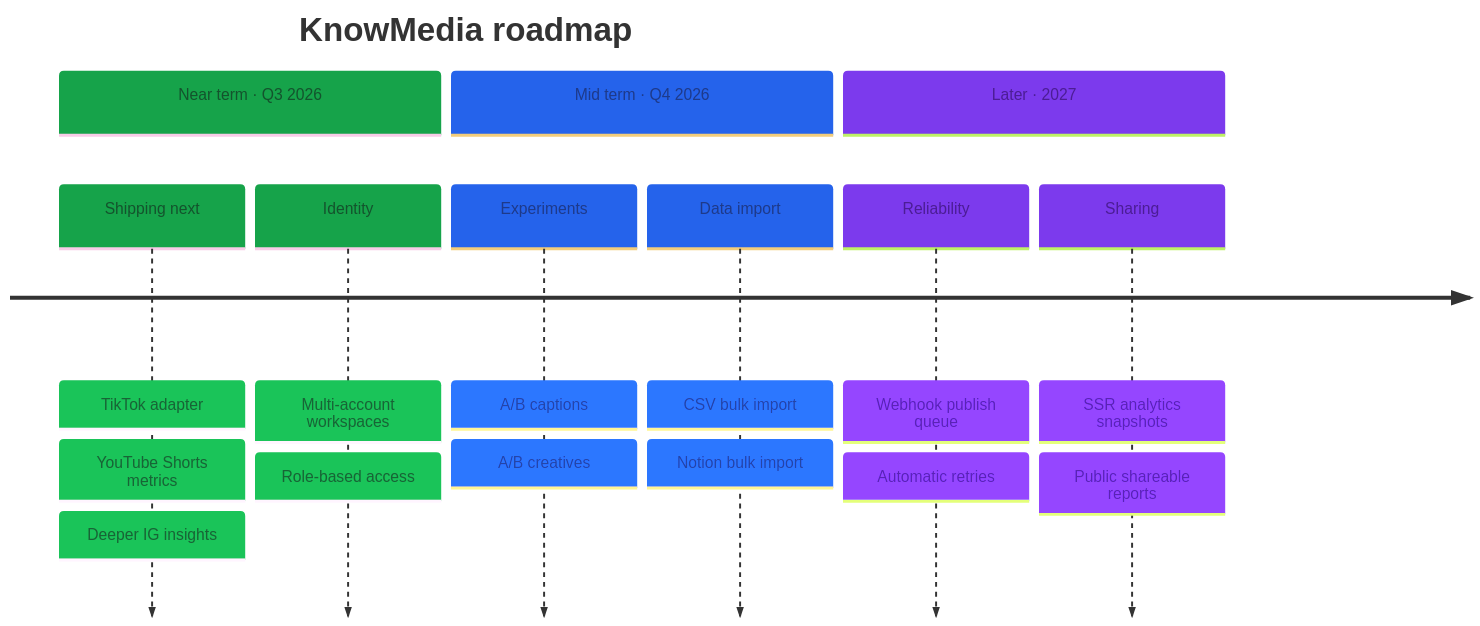
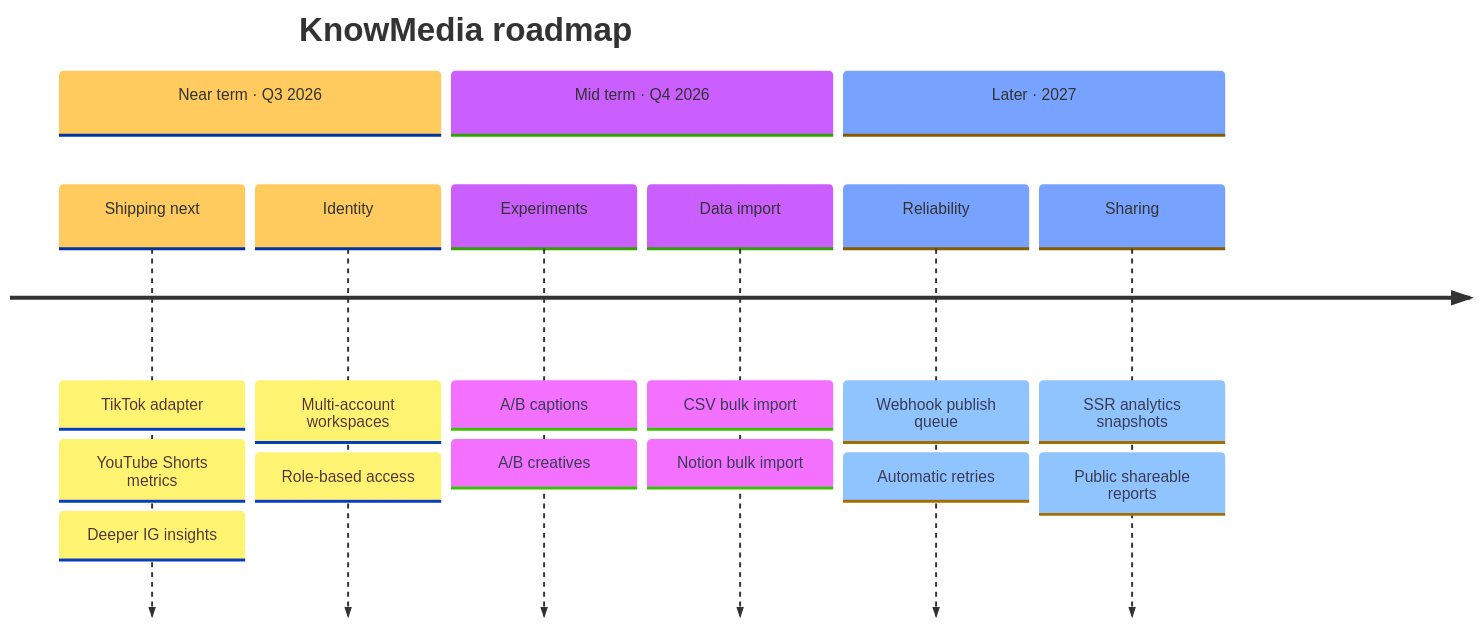
The seventh of 8 diagrams in README.md (Aniruddh-fullstac/knowmedfia), drawn with Mermaid before and after one commit. The commit also changed other lines of this file and 4 other files, not shown here.

Commit message:
docs: use custom pipeline diagram in README

````diff
--- a/README.md
+++ b/README.md
@@ -622,28 +601,14 @@
 ```mermaid
-%%{init: {
-  "theme": "base",
-  "themeVariables": {
-    "fontFamily": "ui-sans-serif, system-ui, sans-serif",
-    "cScale0": "#16a34a",
-    "cScale1": "#2563eb",
-    "cScale2": "#7c3aed",
-    "cScalePeer0": "#dcfce7",
-    "cScalePeer1": "#dbeafe",
-    "cScalePeer2": "#ede9fe",
-    "cScaleLabel0": "#14532d",
-    "cScaleLabel1": "#1e3a8a",
-    "cScaleLabel2": "#4c1d95"
-  }
-}}%%
+%%{init: { "theme": "base" }}%%
 timeline
   title KnowMedia roadmap
   section Near term · Q3 2026
     Shipping next : TikTok adapter : YouTube Shorts metrics : Deeper IG insights
     Identity      : Multi-account workspaces : Role-based access
   section Mid term · Q4 2026
     Experiments   : A/B captions : A/B creatives
     Data import   : CSV bulk import : Notion bulk import
   section Later · 2027
     Reliability   : Webhook publish queue : Automatic retries
     Sharing       : SSR analytics snapshots : Public shareable reports
 ```
````
